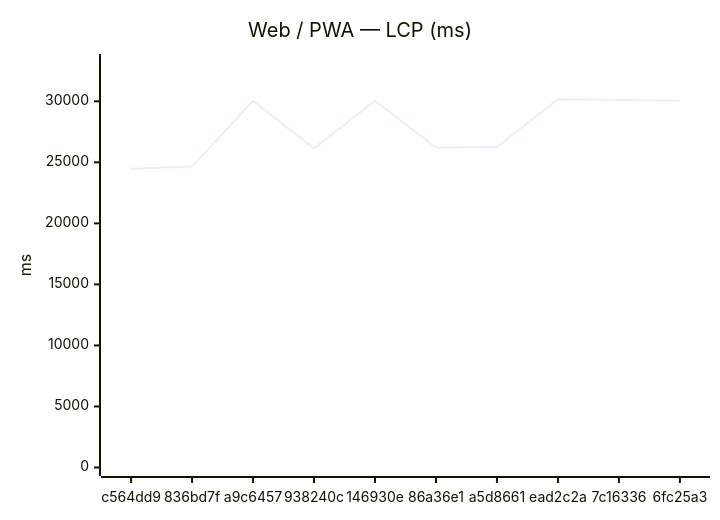
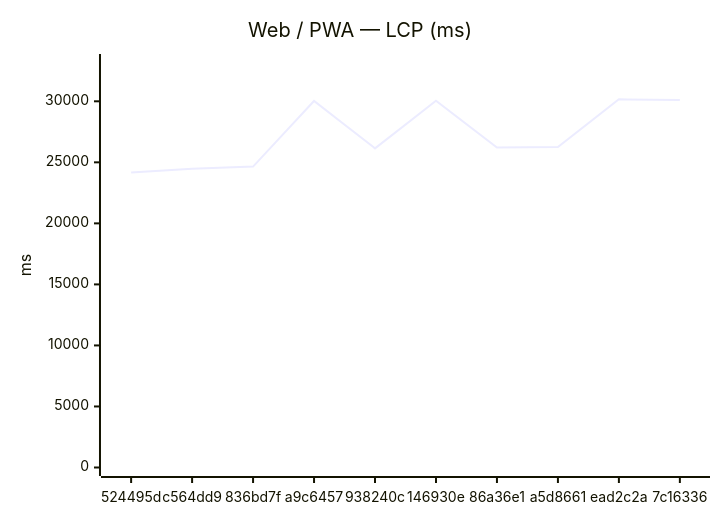
One commit to Metaheurist/Rianell changed the first of 12 diagrams in benchmarks/compare.md. Above: the diagram before and after it, drawn with Mermaid. The commit also changed other lines of this file and 8 other files, not shown here.

````diff
--- a/benchmarks/compare.md
+++ b/benchmarks/compare.md
@@ -24,7 +24,7 @@
 ```mermaid
 xychart-beta
     title "Web / PWA — LCP (ms)"
-    x-axis ["c564dd9", "836bd7f", "a9c6457", "938240c", "146930e", "86a36e1", "a5d8661", "ead2c2a", "7c16336", "6fc25a3"]
+    x-axis ["524495d", "c564dd9", "836bd7f", "a9c6457", "938240c", "146930e", "86a36e1", "a5d8661", "ead2c2a", "7c16336"]
     y-axis "ms" 0 --> 33179
-    line [24475, 24652, 30029, 26143, 30039, 26222, 26258, 30162, 30106, 30044]
+    line [24158, 24475, 24652, 30029, 26143, 30039, 26222, 26258, 30162, 30106]
 ```
````
